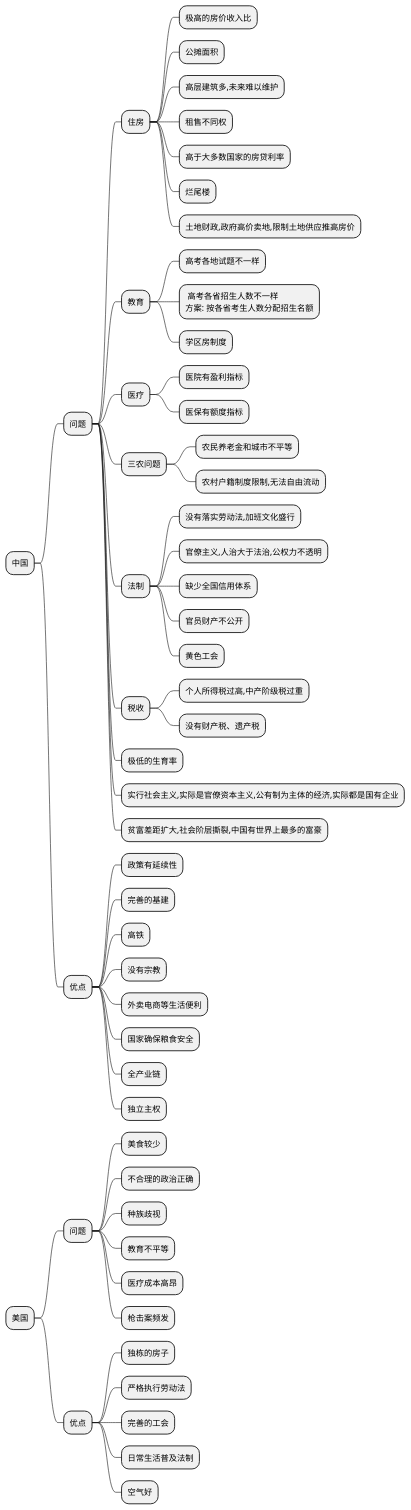
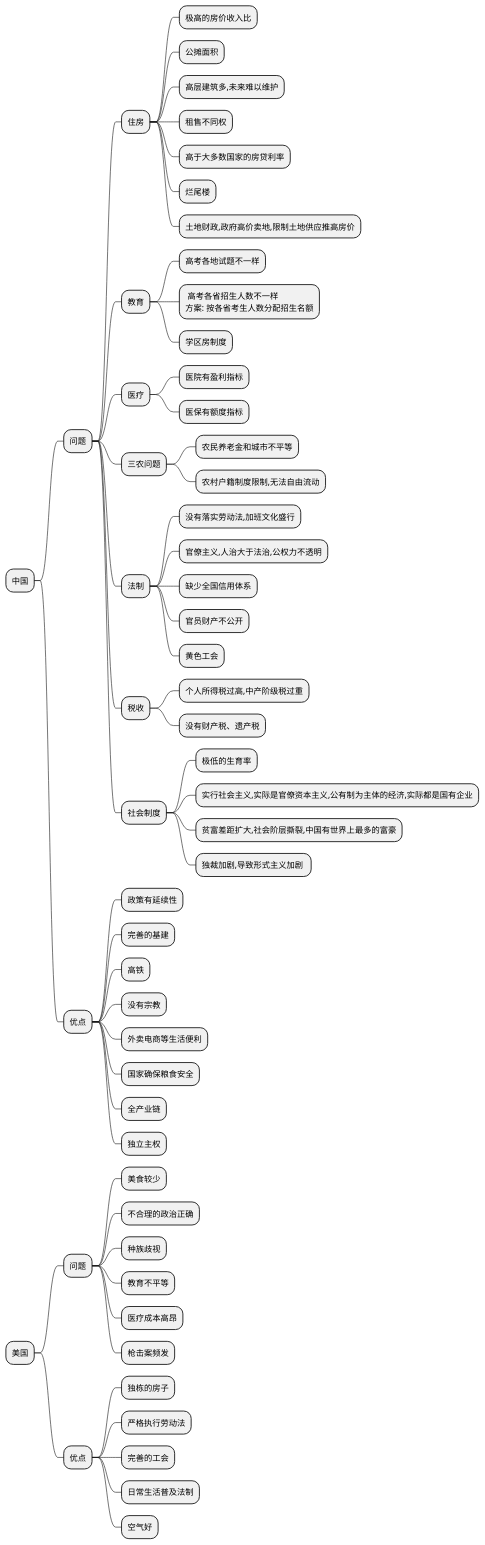
Before and after one commit to Huang2070/alpha-centauri-c: the diagram in D·观点-know_who/思考/中国社会.plantuml, drawn with PlantUML. The commit also changed 5 other files, not shown here.

```diff
--- a/D·观点-know_who/思考/中国社会.plantuml
+++ b/D·观点-know_who/思考/中国社会.plantuml
@@ -1,74 +1,75 @@
 @startmindmap 中国
 * 中国
 ** 问题
 
 *** 住房
 **** 极高的房价收入比
 **** 公摊面积
 **** 高层建筑多,未来难以维护
 **** 租售不同权
 **** 高于大多数国家的房贷利率
 **** 烂尾楼
 **** 土地财政,政府高价卖地,限制土地供应推高房价
 
 
 *** 教育
 **** 高考各地试题不一样
 ****: 高考各省招生人数不一样
 方案: 按各省考生人数分配招生名额;
 **** 学区房制度
 
 *** 医疗
 **** 医院有盈利指标
 **** 医保有额度指标
 
 *** 三农问题
 **** 农民养老金和城市不平等
 **** 农村户籍制度限制,无法自由流动
 
 *** 法制
 **** 没有落实劳动法,加班文化盛行
 **** 官僚主义,人治大于法治,公权力不透明
 **** 缺少全国信用体系
 **** 官员财产不公开
 **** 黄色工会
 
 *** 税收
 **** 个人所得税过高,中产阶级税过重
 **** 没有财产税、遗产税
 
-
-*** 极低的生育率
-*** 实行社会主义,实际是官僚资本主义,公有制为主体的经济,实际都是国有企业
-*** 贫富差距扩大,社会阶层撕裂,中国有世界上最多的富豪
+*** 社会制度
+**** 极低的生育率
+**** 实行社会主义,实际是官僚资本主义,公有制为主体的经济,实际都是国有企业
+**** 贫富差距扩大,社会阶层撕裂,中国有世界上最多的富豪
+**** 独裁加剧,导致形式主义加剧 
 
 
 ** 优点
 *** 政策有延续性
 *** 完善的基建
 *** 高铁
 *** 没有宗教
 *** 外卖电商等生活便利
 *** 国家确保粮食安全
 *** 全产业链
 *** 独立主权
 
 
 
 * 美国
 ** 问题
 *** 美食较少
 *** 不合理的政治正确
 *** 种族歧视
 *** 教育不平等
 *** 医疗成本高昂
 *** 枪击案频发
 
 
 ** 优点
 *** 独栋的房子
 *** 严格执行劳动法
 *** 完善的工会
 *** 日常生活普及法制
 *** 空气好
 @endmindmap
```
